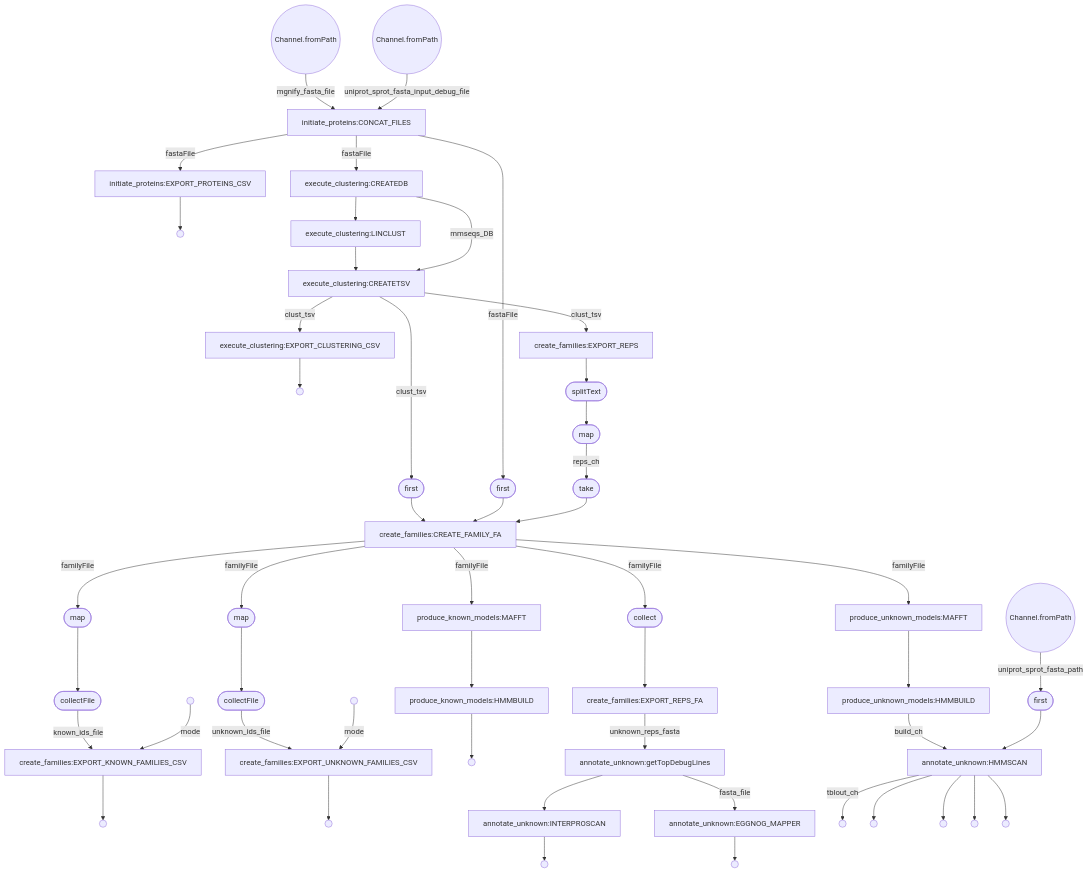
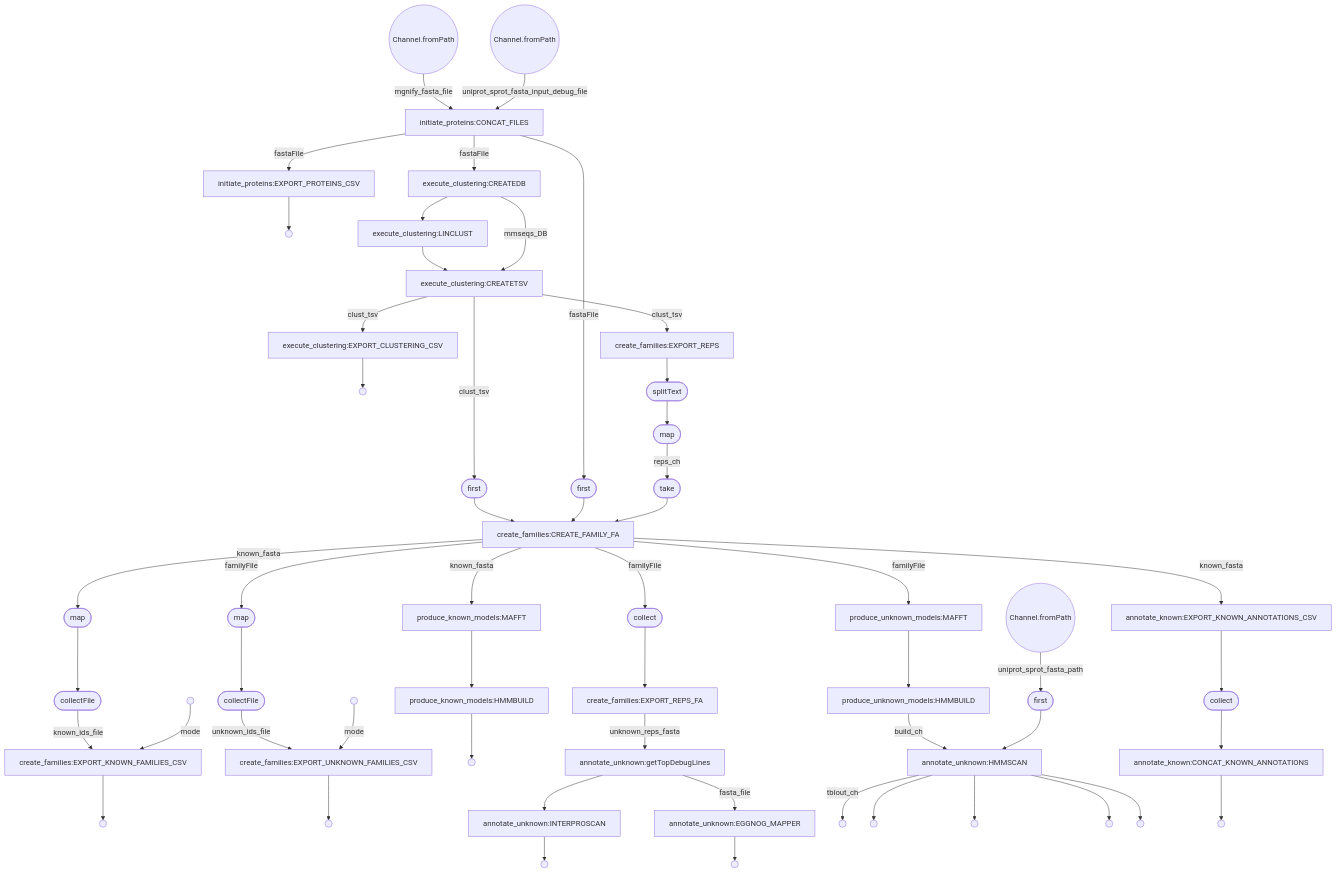
Before and after one commit to EBI-Metagenomics/mgnifams: the diagram in flowchart_main.mmd, drawn with Mermaid. The commit also changed 2 other files, not shown here.

Commit message:
known families annot exported/aggregated to CSV

```diff
--- a/flowchart_main.mmd
+++ b/flowchart_main.mmd
@@ -1,97 +1,105 @@
 flowchart TD
     p0((Channel.fromPath))
     p1((Channel.fromPath))
     p2[initiate_proteins:CONCAT_FILES]
     p3[initiate_proteins:EXPORT_PROTEINS_CSV]
     p4(( ))
     p5[execute_clustering:CREATEDB]
     p6[execute_clustering:LINCLUST]
     p7[execute_clustering:CREATETSV]
     p8[execute_clustering:EXPORT_CLUSTERING_CSV]
     p9(( ))
     p10[create_families:EXPORT_REPS]
     p11([splitText])
     p12([map])
     p13([first])
     p14([first])
     p15([take])
     p16[create_families:CREATE_FAMILY_FA]
     p17([map])
     p18([collectFile])
     p19(( ))
     p20[create_families:EXPORT_KNOWN_FAMILIES_CSV]
     p21(( ))
     p22([collect])
     p23[create_families:EXPORT_REPS_FA]
     p24([map])
     p25([collectFile])
     p26(( ))
     p27[create_families:EXPORT_UNKNOWN_FAMILIES_CSV]
     p28(( ))
     p29[produce_unknown_models:MAFFT]
     p30[produce_unknown_models:HMMBUILD]
     p31[produce_known_models:MAFFT]
     p32[produce_known_models:HMMBUILD]
     p33(( ))
     p34((Channel.fromPath))
     p35[annotate_unknown:getTopDebugLines]
     p36[annotate_unknown:INTERPROSCAN]
     p37(( ))
     p38[annotate_unknown:EGGNOG_MAPPER]
     p39(( ))
     p40([first])
     p41[annotate_unknown:HMMSCAN]
     p42(( ))
     p43(( ))
     p44(( ))
     p45(( ))
     p46(( ))
+    p47[annotate_known:EXPORT_KNOWN_ANNOTATIONS_CSV]
+    p48([collect])
+    p49[annotate_known:CONCAT_KNOWN_ANNOTATIONS]
+    p50(( ))
     p0 -->|mgnify_fasta_file| p2
     p1 -->|uniprot_sprot_fasta_input_debug_file| p2
     p2 -->|fastaFile| p3
     p3 --> p4
     p2 -->|fastaFile| p5
     p5 --> p6
     p6 --> p7
     p5 -->|mmseqs_DB| p7
     p7 -->|clust_tsv| p8
     p8 --> p9
     p7 -->|clust_tsv| p10
     p10 --> p11
     p11 --> p12
     p12 -->|reps_ch| p15
     p7 -->|clust_tsv| p13
     p13 --> p16
     p2 -->|fastaFile| p14
     p14 --> p16
     p15 --> p16
-    p16 -->|familyFile| p17
+    p16 -->|known_fasta| p17
     p16 -->|familyFile| p22
     p17 --> p18
     p18 -->|known_ids_file| p20
     p19 -->|mode| p20
     p20 --> p21
     p22 --> p23
     p23 -->|unknown_reps_fasta| p35
     p16 -->|familyFile| p24
     p24 --> p25
     p25 -->|unknown_ids_file| p27
     p26 -->|mode| p27
     p27 --> p28
     p16 -->|familyFile| p29
     p29 --> p30
     p30 -->|build_ch| p41
-    p16 -->|familyFile| p31
+    p16 -->|known_fasta| p31
     p31 --> p32
     p32 --> p33
     p34 -->|uniprot_sprot_fasta_path| p40
     p35 --> p36
     p36 --> p37
     p35 -->|fasta_file| p38
     p38 --> p39
     p40 --> p41
     p41 --> p46
     p41 --> p45
     p41 --> p44
     p41 --> p43
     p41 -->|tblout_ch| p42
+    p16 -->|known_fasta| p47
+    p47 --> p48
+    p48 --> p49
+    p49 --> p50
```
